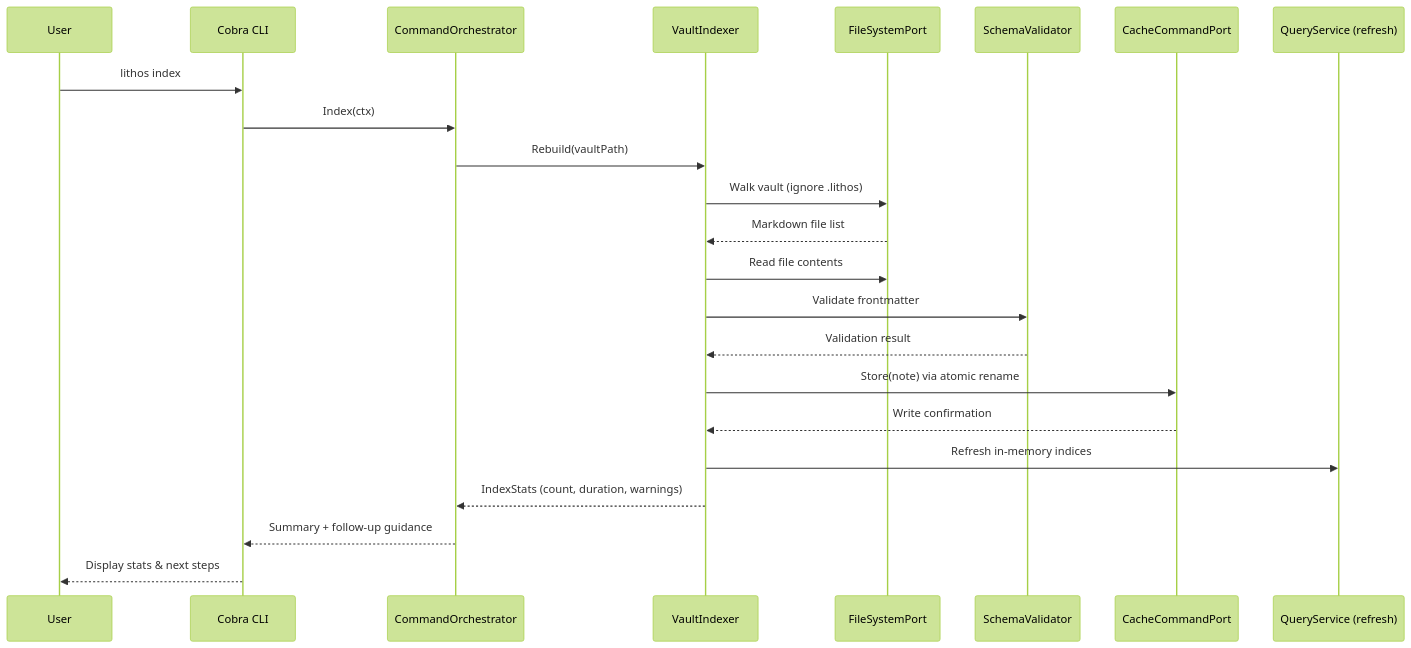
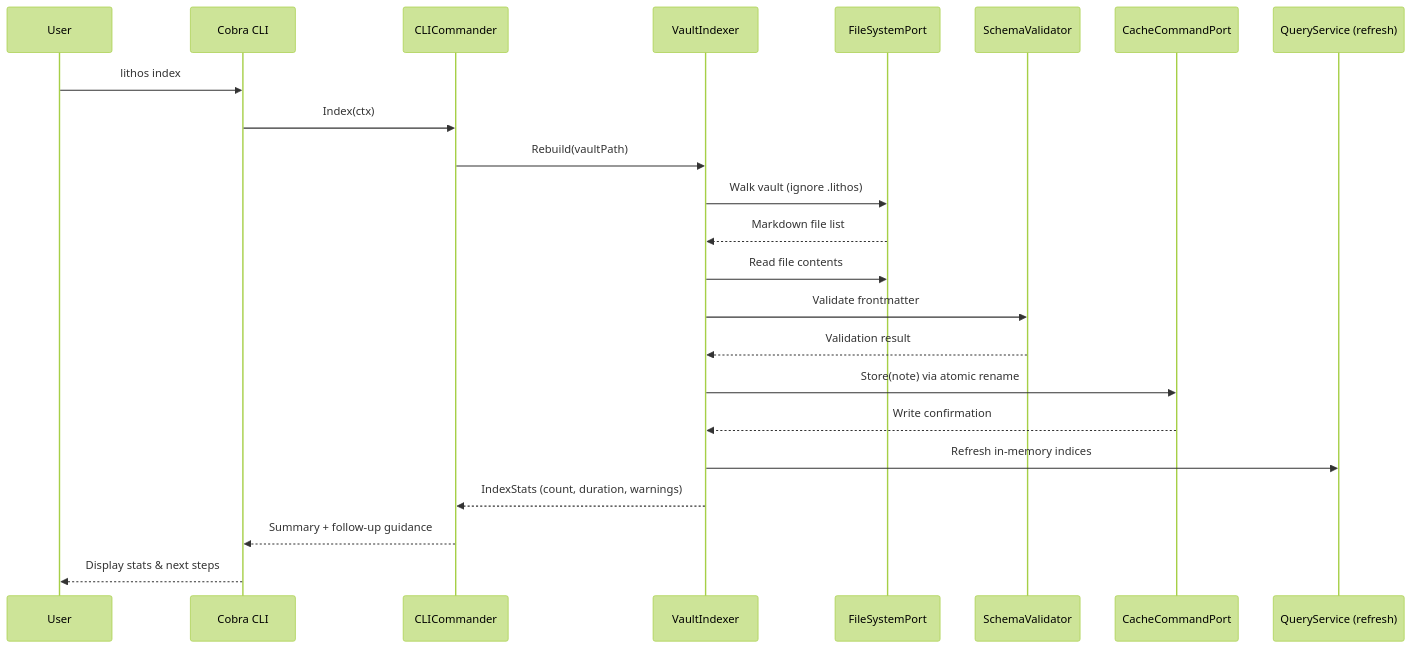
One commit to JackMatanky/lithos changed the third of 3 diagrams in docs/architecture/core-workflows.md. Above: the diagram before and after it, drawn with Mermaid (forest theme). The commit also changed other lines of this file and 27 other files, not shown here.

Commit message:
create new story files and update architecture after comprehensive architecture review

````diff
--- a/docs/architecture/core-workflows.md
+++ b/docs/architecture/core-workflows.md
@@ -69,26 +69,26 @@
 ```mermaid
 sequenceDiagram
     participant User
     participant CLI as Cobra CLI
-    participant CO as CommandOrchestrator
+    participant CO as CLICommander
     participant VI as VaultIndexer
     participant FS as FileSystemPort
     participant SV as SchemaValidator
     participant CC as CacheCommandPort
     participant REG as QueryService (refresh)
 
     User->>CLI: lithos index
     CLI->>CO: Index(ctx)
     CO->>VI: Rebuild(vaultPath)
     VI->>FS: Walk vault (ignore .lithos)
     FS-->>VI: Markdown file list
     VI->>FS: Read file contents
     VI->>SV: Validate frontmatter
     SV-->>VI: Validation result
     VI->>CC: Store(note) via atomic rename
     CC-->>VI: Write confirmation
     VI->>REG: Refresh in-memory indices
     VI-->>CO: IndexStats (count, duration, warnings)
     CO-->>CLI: Summary + follow-up guidance
     CLI-->>User: Display stats & next steps
 ```
````
